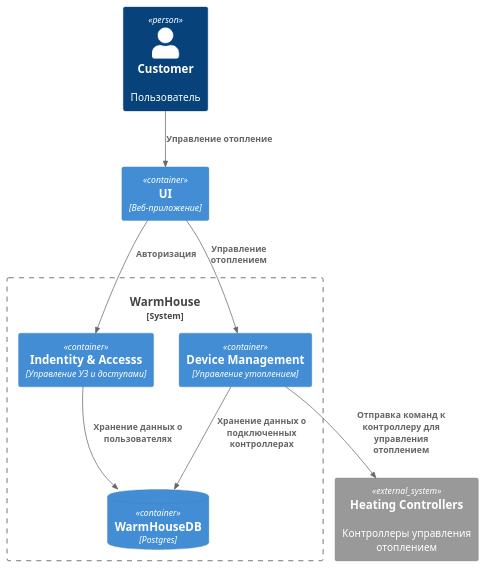
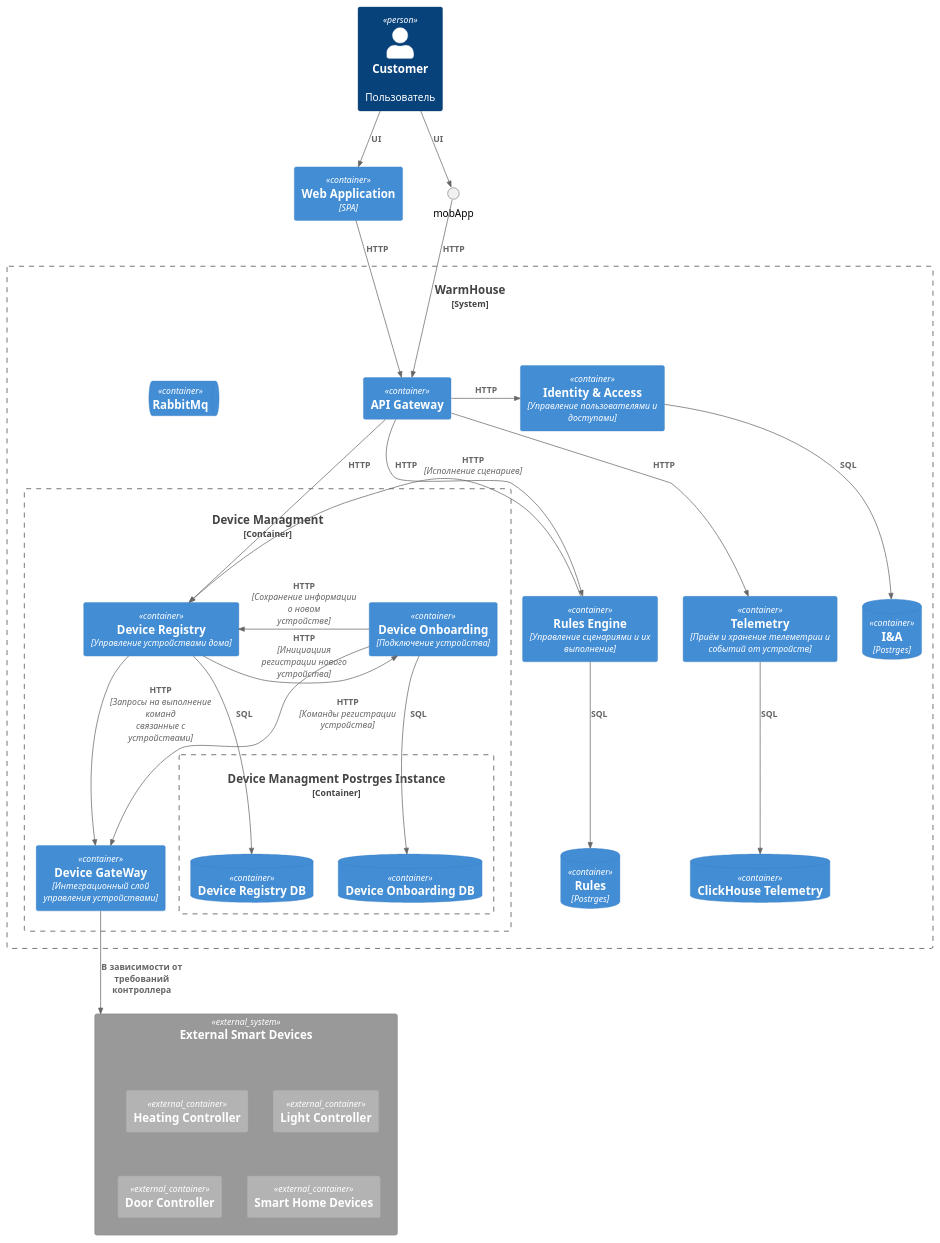
One commit to Meeluck/architecture-warmhouse changed the diagram in container_to_be.puml. Above: the diagram before and after it, drawn with PlantUML.

Commit message:
доработана диаграмма контейнера

```diff
--- a/container_to_be.puml
+++ b/container_to_be.puml
@@ -1,24 +1,76 @@
 @startuml
 !include https://raw.githubusercontent.com/plantuml-stdlib/C4-PlantUML/master/C4_Container.puml
 
 Person(user,"Customer","Пользователь")
 
-Container(fe,UI,Веб-приложение)
+Container(webApp,"Web Application","SPA")
 
-System_Boundary(wh_mon,WarmHouse){
-    Container(ia,Indentity & Accesss, Управление УЗ и доступами)
-    Container(dm,Device Management,Управление утоплением)
+System_Boundary(wh,WarmHouse){
+    Container(gw, "API Gateway")
 
-    ContainerDb(db,WarmHouseDB, Postgres)
-    Rel(ia,db,Хранение данных о пользователях)
-    Rel(dm,db,Хранение данных о подключенных контроллерах)
+    ContainerQueue(rm,RabbitMq)
+
+    Container(ia,Identity & Access,Управление пользователями и доступами)
+    Container(tm,Telemetry,Приём и хранение телеметрии и событий от устройств)
+    Container(re, Rules Engine,Управление сценариями и их выполнение)
+
+    Container_Boundary(dm,Device Managment,Управление устройствами){
+       Container(do,Device Onboarding,Подключение устройства)
+       Container(dg,Device GateWay,Интеграционный слой управления устройствами)
+       Container(dr,Device Registry,Управление устройствами дома)
+       Rel_Right(dr,do,HTTP,Инициациия регистрации нового устройства)
+       
+       Rel(dr,dg,HTTP,Запросы на выполнение команд связанные с устройствами)
+
+       Rel_Right(do,dg,HTTP,Команды регистрации устройства)
+       Rel_Left(do,dr,HTTP,Сохранение информации о новом устройстве)
+       
+       Container_Boundary(db_dm,Device Managment Postrges Instance){
+            ContainerDb(db_dm_do, Device Onboarding DB)
+            ContainerDb(db_dm_dr, Device Registry DB)
+        }
+        Rel(do,db_dm_do,SQL)
+        Rel(dr,db_dm_dr,SQL)
+    }    
+
+    Rel_Right(gw,ia,HTTP)
+    Rel_Down(gw,dr,HTTP)
+    Rel_Down(gw,tm,HTTP)
+    Rel_Down(gw,re,HTTP)
+
+    Rel_Left(re,dr,HTTP, Исполнение сценариев)
+
+    ContainerDb(ia_db, I&A, Postrges)
+    ContainerDb(re_db, Rules, Postrges)
+
+    ContainerDb(ch_tl, ClickHouse Telemetry)
+
+    Rel(ia,ia_db,SQL)
+    Rel(re,re_db,SQL)
+    Rel(tm,ch_tl,SQL)
+
+    'RabbitMq Rels
+    ' Rel(re,rm,SUB,rules_exec)
+    ' Rel(dm,rm,PUB,device_tl)
+    ' Rel(tm,rm,SUB,device_tl)
+
+    ' Rel(re,sh,HTTP,Комнады запуска сценариев)
+    ' Rel(sh,rm,PUB,rules_exec)
 }
-Rel(user,fe, Управление отопление)
 
-Rel(fe,ia,Авторизация)
-Rel(fe,dm,Управление отоплением)
+Rel(user,webApp,"UI")
+Rel(user,mobApp,"UI")
+Rel(webApp,gw,"HTTP")
+Rel(mobApp,gw,"HTTP")
 
-System_Ext(heating,"Heating Controllers","Контроллеры управления отоплением")
-Rel(dm,heating,Отправка команд к контроллеру для управления отоплением)
+
+System_Ext(extDev,"External Smart Devices"){
+    Container_Ext(heating,"Heating Controller")
+    Container_Ext(light,"Light Controller")
+    Container_Ext(door,"Door Controller")
+    Container_Ext(shd,"Smart Home Devices")
+}
+
+Rel(dg,extDev,В зависимости от требований контроллера)
 
 @enduml
```
